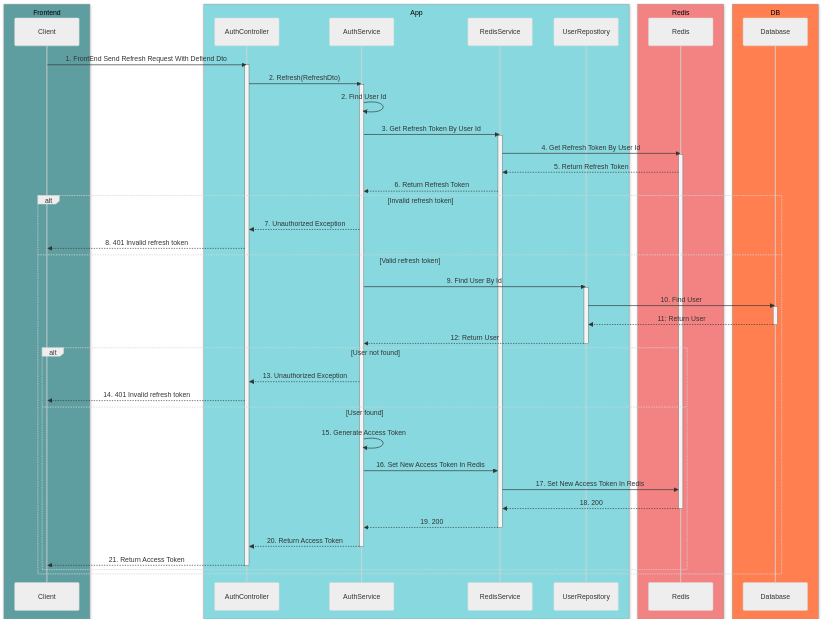
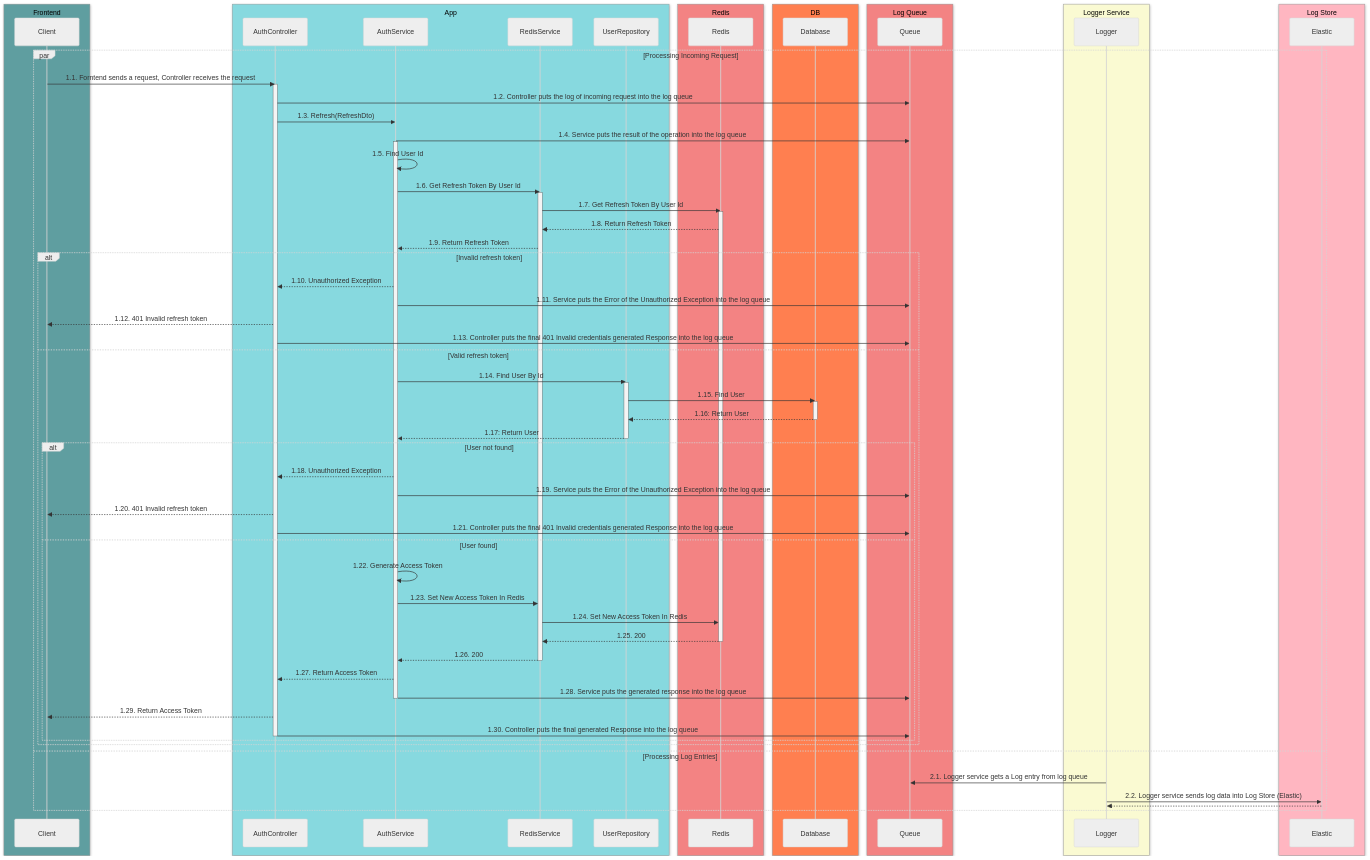
The diagram in docs/auth/refresh-token.md (hamidehalaee/nestjs_ddd_skeleton), drawn with Mermaid before and after one commit.

Commit message:
add: log service into refresh token

````diff
--- a/docs/auth/refresh-token.md
+++ b/docs/auth/refresh-token.md
@@ -29,45 +29,71 @@
     participant DB as Database
   end
 
+    box rgba(243,131,131,1) Log Queue
+    participant Queue
+  end
+
+  box LightGoldenRodYellow Logger Service
+    participant Logger
+  end
+
+  box LightPink Log Store
+    participant Elastic
+  end
+
+par Processing Incoming Request
 %% Refresh Flow with Validation
-  Client->>AuthController: 1. FrontEnd Send Refresh Request With Defiend Dto
+  Client->>AuthController: 1.1. Forntend sends a request, Controller receives the request
   activate AuthController
-  AuthController->> AuthService: 2. Refresh(RefreshDto)
+  AuthController ->> Queue: 1.2. Controller puts the log of incoming request into the log queue
+  AuthController->> AuthService: 1.3. Refresh(RefreshDto)
+  AuthService ->> Queue: 1.4. Service puts the result of the operation into the log queue
   activate AuthService
-  AuthService->> AuthService: 2. Find User Id
-  AuthService->>RedisService: 3. Get Refresh Token By User Id
+  AuthService->> AuthService: 1.5. Find User Id
+  AuthService->>RedisService: 1.6. Get Refresh Token By User Id
   activate RedisService
-  RedisService->>Redis: 4. Get Refresh Token By User Id
+  RedisService->>Redis: 1.7. Get Refresh Token By User Id
   activate Redis
-  Redis-->>RedisService: 5. Return Refresh Token
-  RedisService-->>AuthService: 6. Return Refresh Token
+  Redis-->>RedisService: 1.8. Return Refresh Token
+  RedisService-->>AuthService: 1.9. Return Refresh Token
   alt Invalid refresh token
-    AuthService-->>AuthController: 7. Unauthorized Exception
-    AuthController-->>Client: 8. 401 Invalid refresh token
+    AuthService-->>AuthController: 1.10. Unauthorized Exception
+    AuthService ->> Queue: 1.11. Service puts the Error of the Unauthorized Exception into the log queue
+    AuthController-->>Client: 1.12. 401 Invalid refresh token
+    AuthController ->> Queue: 1.13. Controller puts the final 401 Invalid credentials generated Response into the log queue
   else Valid refresh token
-    AuthService->>UserRepo: 9. Find User By Id
+    AuthService->>UserRepo: 1.14. Find User By Id
     activate UserRepo
-    UserRepo->>DB: 10. Find User
+    UserRepo->>DB: 1.15. Find User
     activate DB
-    DB-->>UserRepo: 11: Return User
+    DB-->>UserRepo: 1.16: Return User
     deactivate DB
-    UserRepo-->>AuthService: 12: Return User
+    UserRepo-->>AuthService: 1.17: Return User
     deactivate UserRepo
     alt User not found
-      AuthService-->>AuthController: 13. Unauthorized Exception
-      AuthController-->>Client: 14. 401 Invalid refresh token
+      AuthService-->>AuthController: 1.18. Unauthorized Exception
+      AuthService ->> Queue: 1.19. Service puts the Error of the Unauthorized Exception into the log queue
+      AuthController-->>Client: 1.20. 401 Invalid refresh token
+      AuthController ->> Queue: 1.21. Controller puts the final 401 Invalid credentials generated Response into the log queue
     else User found
-      AuthService->>AuthService: 15. Generate Access Token
-      AuthService->>RedisService: 16. Set New Access Token In Redis
-      RedisService->>Redis: 17. Set New Access Token In Redis
-      Redis-->>RedisService: 18. 200
+      AuthService->>AuthService: 1.22. Generate Access Token
+      AuthService->>RedisService: 1.23. Set New Access Token In Redis
+      RedisService->>Redis: 1.24. Set New Access Token In Redis
+      Redis-->>RedisService: 1.25. 200
       deactivate Redis
-      RedisService-->>AuthService: 19. 200
+      RedisService-->>AuthService: 1.26. 200
       deactivate RedisService
-      AuthService-->>AuthController: 20. Return Access Token
+      AuthService-->>AuthController: 1.27. Return Access Token
+      AuthService ->> Queue: 1.28. Service puts the generated response into the log queue
       deactivate AuthService
-      AuthController-->>Client: 21. Return Access Token
+      AuthController-->>Client: 1.29. Return Access Token
+      AuthController ->> Queue: 1.30. Controller puts the final generated Response into the log queue
       deactivate AuthController
     end
   end
+  and Processing Log Entries
+        Logger->>Queue: 2.1. Logger service gets a Log entry from log queue
+        Logger ->> Elastic: 2.2. Logger service sends log data into Log Store (Elastic)
+        Elastic -->> Logger:
+end
 ```
````
